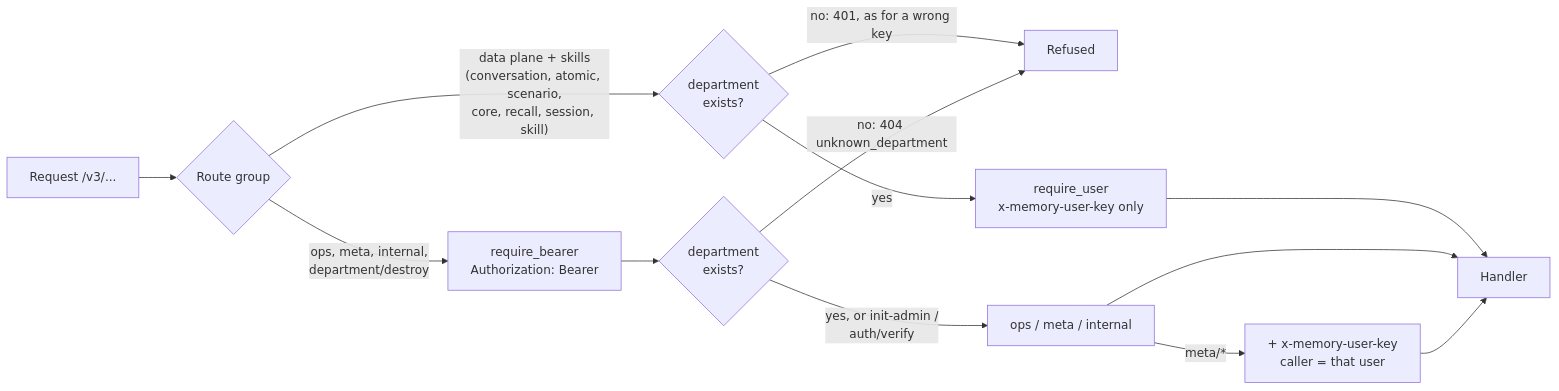
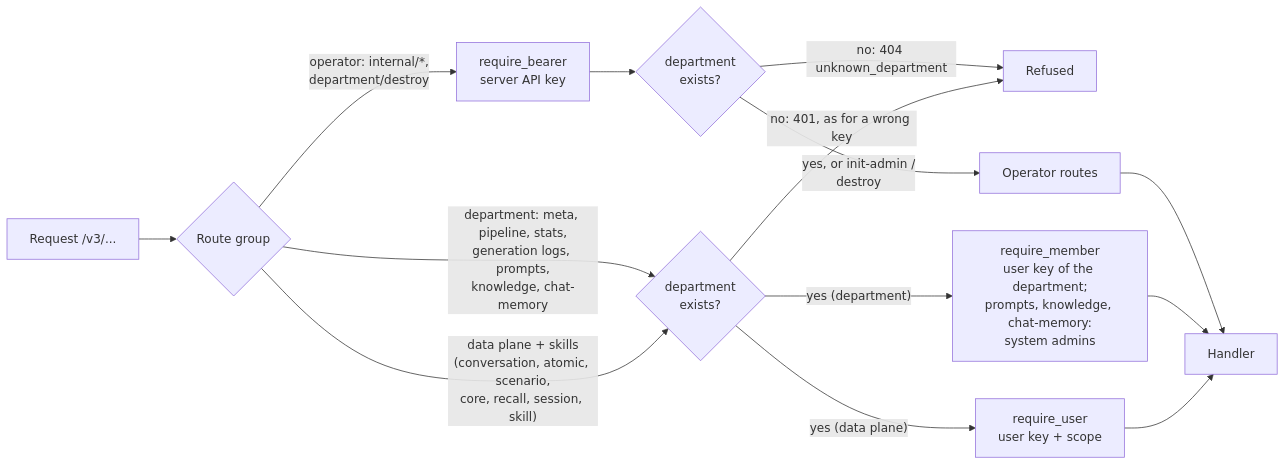
One commit to hsuanshao/AgentMemory changed the fourth of 12 diagrams in docs/ARCHITECTURE.md. Above: the diagram before and after it, drawn with Mermaid. The commit also changed other lines of this file and 28 other files, not shown here.

First line of the commit message:
fix(auth): department routes take the department's user keys; the server key is the operator's (#68)

````diff
--- a/docs/ARCHITECTURE.md
+++ b/docs/ARCHITECTURE.md
@@ -119,15 +119,16 @@
 ```mermaid
 flowchart LR
   R[Request /v3/...] --> Z{Route group}
   Z -- "data plane + skills<br/>(conversation, atomic, scenario,<br/>core, recall, session, skill)" --> KU{"department<br/>exists?"}
+  Z -- "department: meta, pipeline, stats,<br/>generation logs, prompts,<br/>knowledge, chat-memory" --> KU
   KU -- "no: 401, as for a wrong key" --> X[Refused]
-  KU -- yes --> U["require_user<br/>x-memory-user-key only"]
-  Z -- "ops, meta, internal,<br/>department/destroy" --> B["require_bearer<br/>Authorization: Bearer"]
+  KU -- "yes (data plane)" --> U["require_user<br/>user key + scope"]
+  KU -- "yes (department)" --> DM["require_member<br/>user key of the department;<br/>prompts, knowledge, chat-memory:<br/>system admins"]
+  Z -- "operator: internal/*,<br/>department/destroy" --> B["require_bearer<br/>server API key"]
   B --> KB{"department<br/>exists?"}
   KB -- "no: 404 unknown_department" --> X
-  KB -- "yes, or init-admin /<br/>auth/verify" --> D["ops / meta / internal"]
-  D -- "meta/*" --> M["+ x-memory-user-key<br/>caller = that user"]
+  KB -- "yes, or init-admin /<br/>destroy" --> O[Operator routes]
   U --> H[Handler]
-  D --> H
-  M --> H
+  DM --> H
+  O --> H
 ```
````
